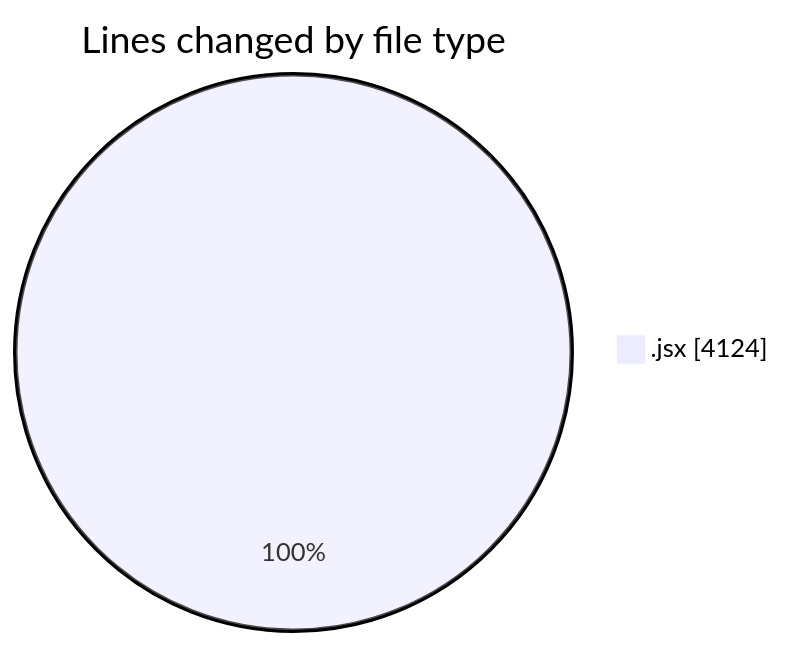
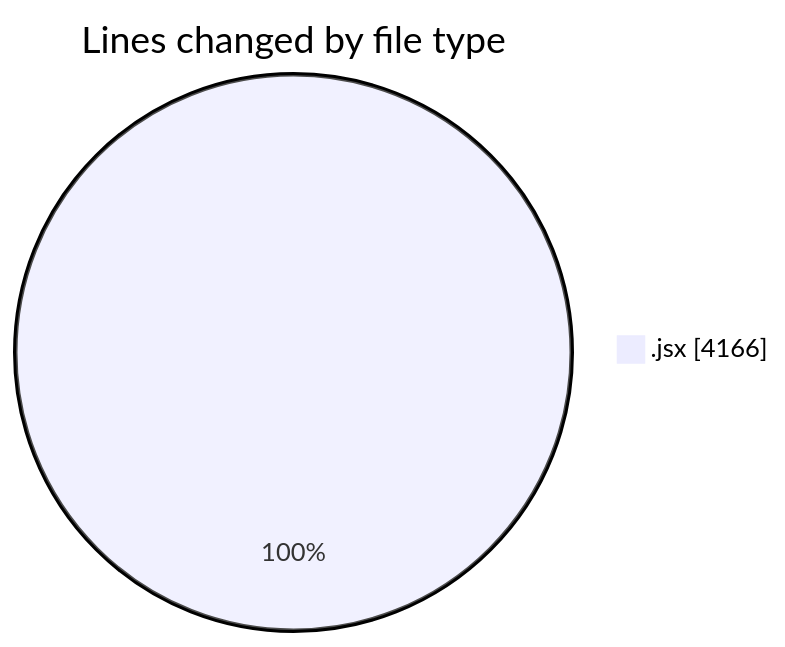
One commit to nxtqubesakshisongat/code-tracking changed the first of 2 diagrams in 2025-10-14/nxtqube_webapp/README.md. Above: the diagram before and after it, drawn with Mermaid. The commit also changed other lines of this file and 1 other file, not shown here.

````diff
--- a/2025-10-14/nxtqube_webapp/README.md
+++ b/2025-10-14/nxtqube_webapp/README.md
@@ -21,5 +21,5 @@
 ```mermaid
 pie showData
 title Lines changed by file type
-".jsx" : 4124
+".jsx" : 4166
 ```
````
